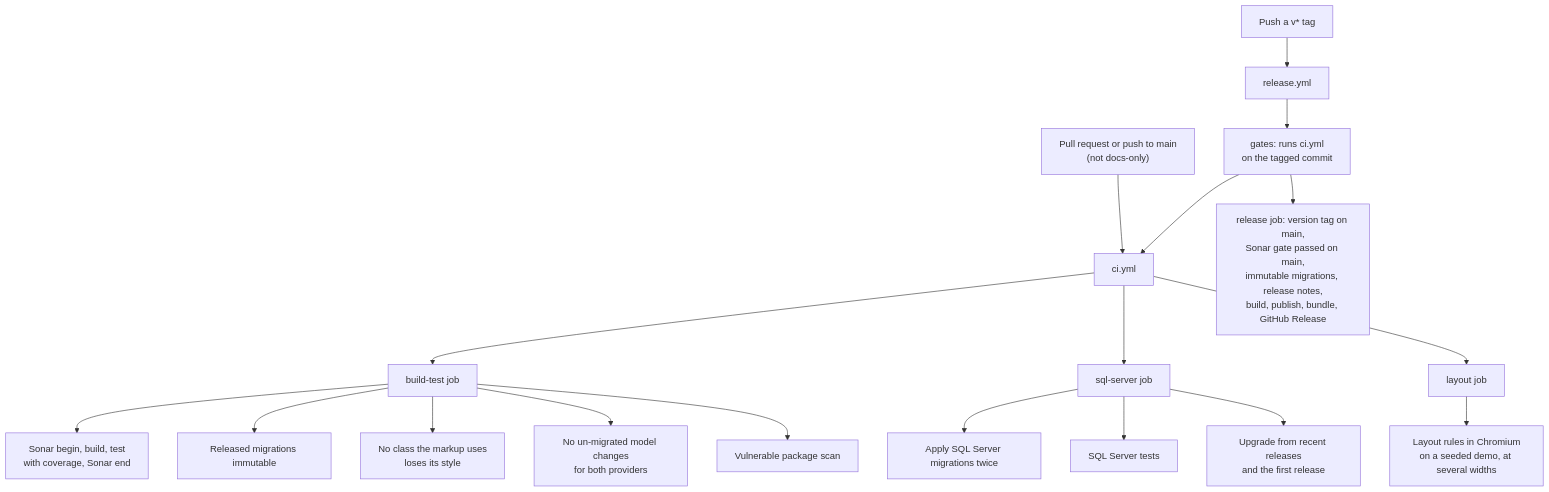
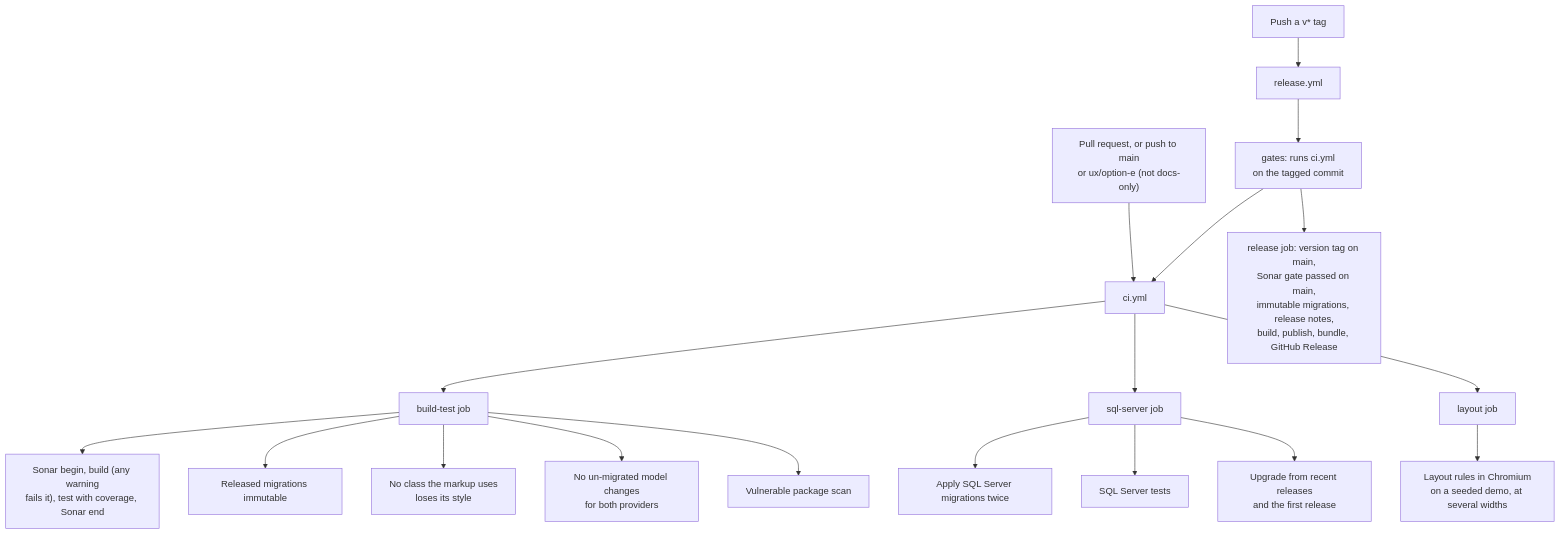
Before and after one commit to jashley92/Tide: the second of 2 diagrams in docs/development/testing.md, drawn with Mermaid. The commit also changed other lines of this file and 72 other files, not shown here.

First line of the commit message:
Zero build warnings, the open Sonar issues fixed, and CI failing on any warning (#230)

````diff
--- a/docs/development/testing.md
+++ b/docs/development/testing.md
@@ -294,20 +294,20 @@
 ```mermaid
 flowchart TD
-    PR["Pull request or push to main<br/>(not docs-only)"] --> CI["ci.yml"]
+    PR["Pull request, or push to main<br/>or ux/option-e (not docs-only)"] --> CI["ci.yml"]
     Tag["Push a v* tag"] --> REL["release.yml"]
     REL --> G["gates: runs ci.yml<br/>on the tagged commit"]
     G --> CI
     CI --> BT["build-test job"]
     CI --> SQL["sql-server job"]
     CI --> LAY["layout job"]
-    BT --> B1["Sonar begin, build, test<br/>with coverage, Sonar end"]
+    BT --> B1["Sonar begin, build (any warning<br/>fails it), test with coverage, Sonar end"]
     BT --> B2["Released migrations immutable"]
     BT --> B5["No class the markup uses<br/>loses its style"]
     BT --> B3["No un-migrated model changes<br/>for both providers"]
     BT --> B4["Vulnerable package scan"]
     SQL --> S1["Apply SQL Server migrations twice"]
     SQL --> S2["SQL Server tests"]
     SQL --> S3["Upgrade from recent releases<br/>and the first release"]
     LAY --> L1["Layout rules in Chromium<br/>on a seeded demo, at several widths"]
     G --> R["release job: version tag on main,<br/>Sonar gate passed on main,<br/>immutable migrations, release notes,<br/>build, publish, bundle, GitHub Release"]
 ```
````
